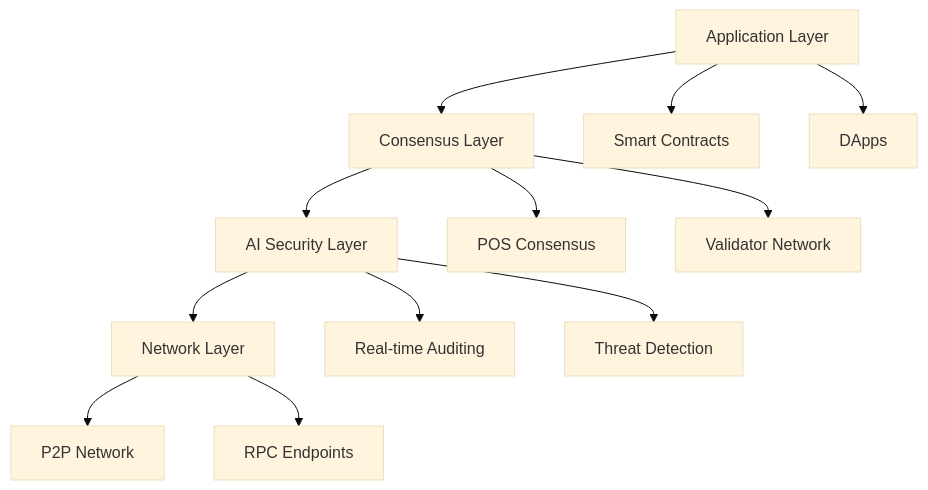
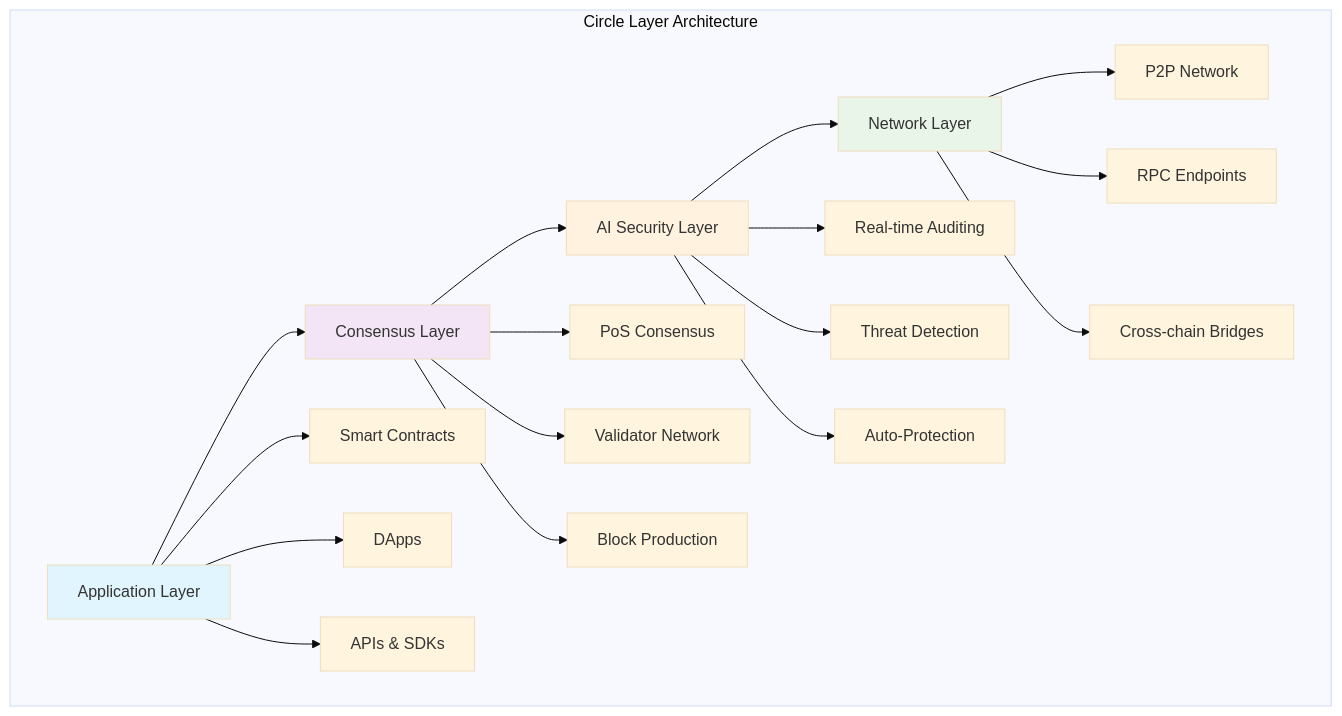
Before and after one commit to CLayer-dev/docs: the third of 3 diagrams in docs/intro.mdx, drawn with Mermaid (base theme). The commit also changed other lines of this file and 3 other files, not shown here.

````diff
--- a/docs/intro.mdx
+++ b/docs/intro.mdx
@@ -62,18 +258,29 @@
 ```mermaid
-graph TD
-    A[Application Layer] --> B[Consensus Layer]
-    B --> C[AI Security Layer]
-    C --> D[Network Layer]
+graph TB
+    subgraph "Circle Layer Architecture"
+        A[Application Layer] --> B[Consensus Layer]
+        B --> C[AI Security Layer] 
+        C --> D[Network Layer]
+        
+        A --> E[Smart Contracts]
+        A --> F[DApps]
+        A --> G[APIs & SDKs]
+        
+        B --> H[PoS Consensus]
+        B --> I[Validator Network]
+        B --> J[Block Production]
+        
+        C --> K[Real-time Auditing]
+        C --> L[Threat Detection]
+        C --> M[Auto-Protection]
+        
+        D --> N[P2P Network]
+        D --> O[RPC Endpoints]
+        D --> P[Cross-chain Bridges]
+    end
     
-    A --> E[Smart Contracts]
-    A --> F[DApps]
-    
-    B --> G[POS Consensus]
-    B --> H[Validator Network]
-    
-    C --> I[Real-time Auditing]
-    C --> J[Threat Detection]
-    
-    D --> K[P2P Network]
-    D --> L[RPC Endpoints]
+    style A fill:#e1f5fe
+    style B fill:#f3e5f5  
+    style C fill:#fff3e0
+    style D fill:#e8f5e8
 ```
````
